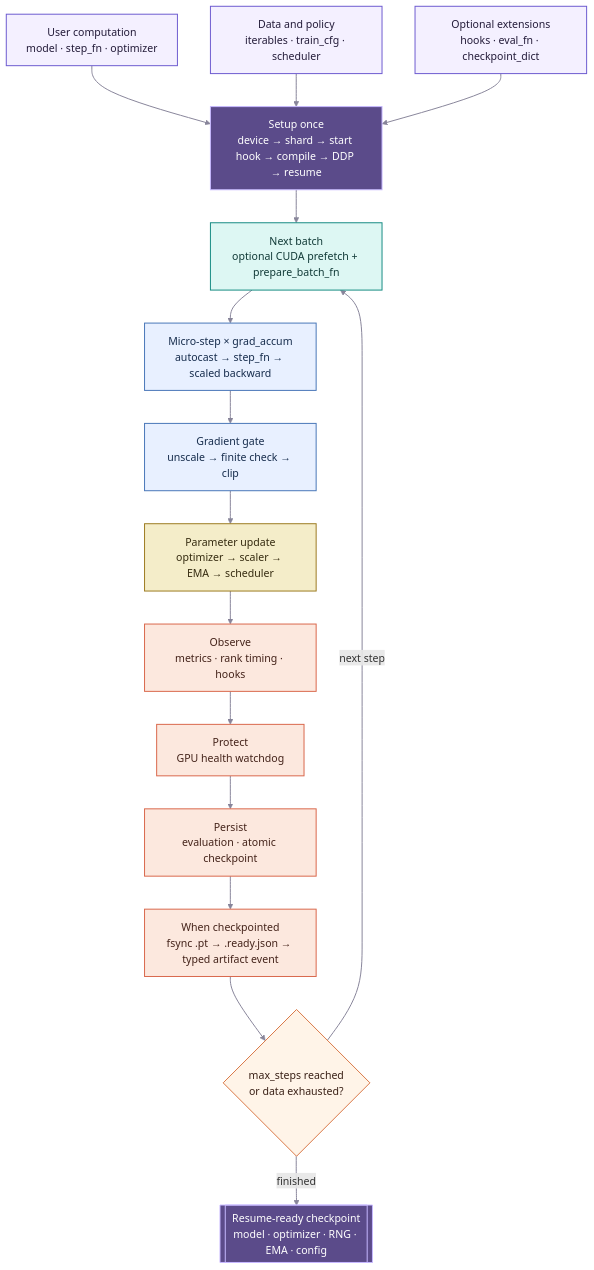
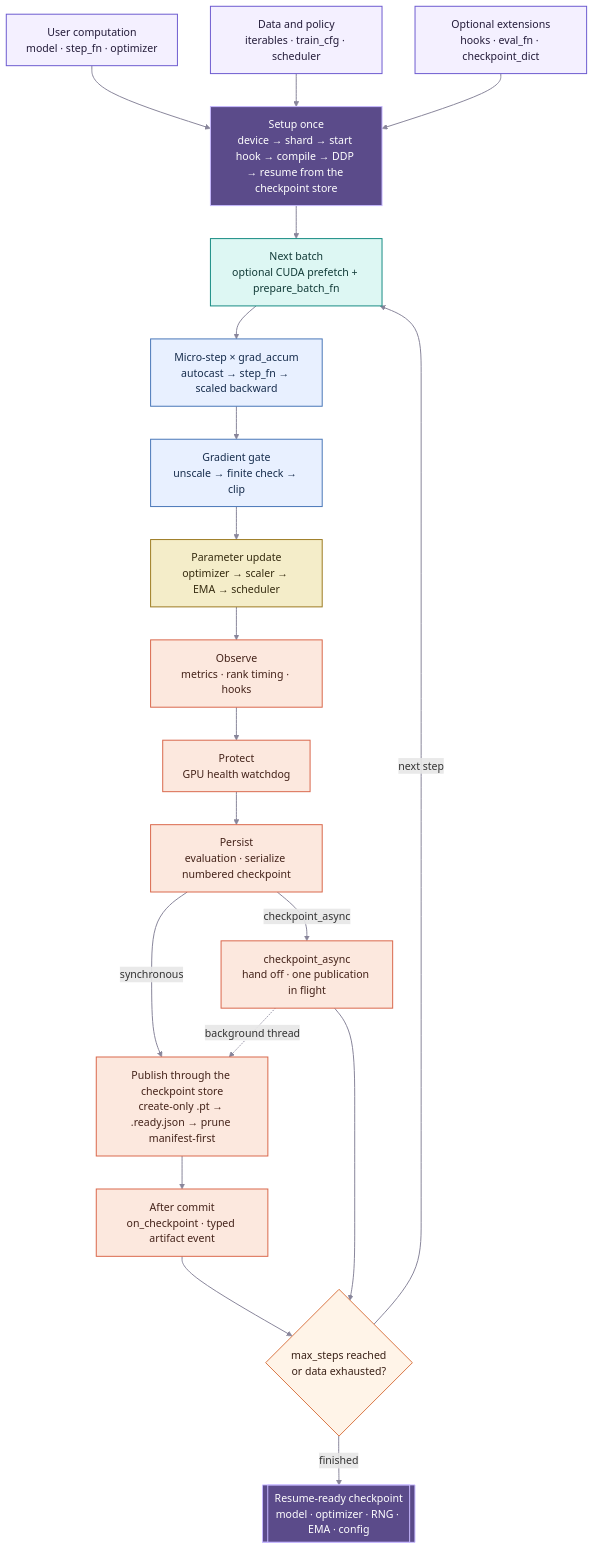
Before and after one commit to jamaliki/koochak: the second of 3 diagrams in README.md, drawn with Mermaid. The commit also changed other lines of this file, not shown here.

First line of the commit message:
Show store-based checkpoints and the storage layer in the README diagrams

````diff
--- a/README.md
+++ b/README.md
@@ -90,60 +99,67 @@
 ```mermaid
 flowchart TB
     user["User computation
 model · step_fn · optimizer"]
     data["Data and policy
 iterables · train_cfg · scheduler"]
     extensions["Optional extensions
 hooks · eval_fn · checkpoint_dict"]
 
     setup["Setup once
-device → shard → start hook → compile → DDP → resume"]
+device → shard → start hook → compile → DDP → resume from the checkpoint store"]
     batch["Next batch
 optional CUDA prefetch + prepare_batch_fn"]
     micro["Micro-step × grad_accum
 autocast → step_fn → scaled backward"]
     gradients["Gradient gate
 unscale → finite check → clip"]
     update["Parameter update
 optimizer → scaler → EMA → scheduler"]
 
     hooks["Observe
 metrics · rank timing · hooks"]
     health["Protect
 GPU health watchdog"]
     periodic["Persist
-evaluation · atomic checkpoint"]
-    publication["When checkpointed
-fsync .pt → .ready.json → typed artifact event"]
+evaluation · serialize numbered checkpoint"]
+    background["checkpoint_async
+hand off · one publication in flight"]
+    publication["Publish through the checkpoint store
+create-only .pt → .ready.json → prune manifest-first"]
+    announce["After commit
+on_checkpoint · typed artifact event"]
     done{"max_steps reached
 or data exhausted?"}
     result[["Resume-ready checkpoint
 model · optimizer · RNG · EMA · config"]]
 
     user --> setup
     data --> setup
     extensions --> setup
     setup --> batch --> micro --> gradients --> update
-    update --> hooks --> health --> periodic --> publication --> done
+    update --> hooks --> health --> periodic
+    periodic -->|synchronous| publication --> announce --> done
+    periodic -->|checkpoint_async| background --> done
+    background -.->|background thread| publication
     done -->|next step| batch
     done -->|finished| result
 
     classDef input fill:#F4F0FF,stroke:#6D5BD0,color:#241C3A,stroke-width:1.5px;
     classDef setupNode fill:#5B4B8A,stroke:#C7B9FF,color:#FFFFFF,stroke-width:1.5px;
     classDef dataNode fill:#DDF7F3,stroke:#168B83,color:#123B38,stroke-width:1.5px;
     classDef compute fill:#E8F0FF,stroke:#4977B8,color:#172D4D,stroke-width:1.5px;
     classDef updateNode fill:#F4EDC9,stroke:#9C7B21,color:#352B10,stroke-width:1.5px;
     classDef boundary fill:#FCE8DE,stroke:#D9674B,color:#44231A,stroke-width:1.5px;
     classDef choice fill:#FFF4E8,stroke:#D97745,color:#3A2117,stroke-width:1.5px;
     classDef resultNode fill:#5B4B8A,stroke:#C7B9FF,color:#FFFFFF,stroke-width:1.5px;
 
     class user,data,extensions input;
     class setup setupNode;
     class batch dataNode;
     class micro,gradients compute;
     class update updateNode;
-    class hooks,health,periodic,publication boundary;
+    class hooks,health,periodic,background,publication,announce boundary;
     class done choice;
     class result resultNode;
     linkStyle default stroke:#88859A,stroke-width:1.5px;
 ```
````
